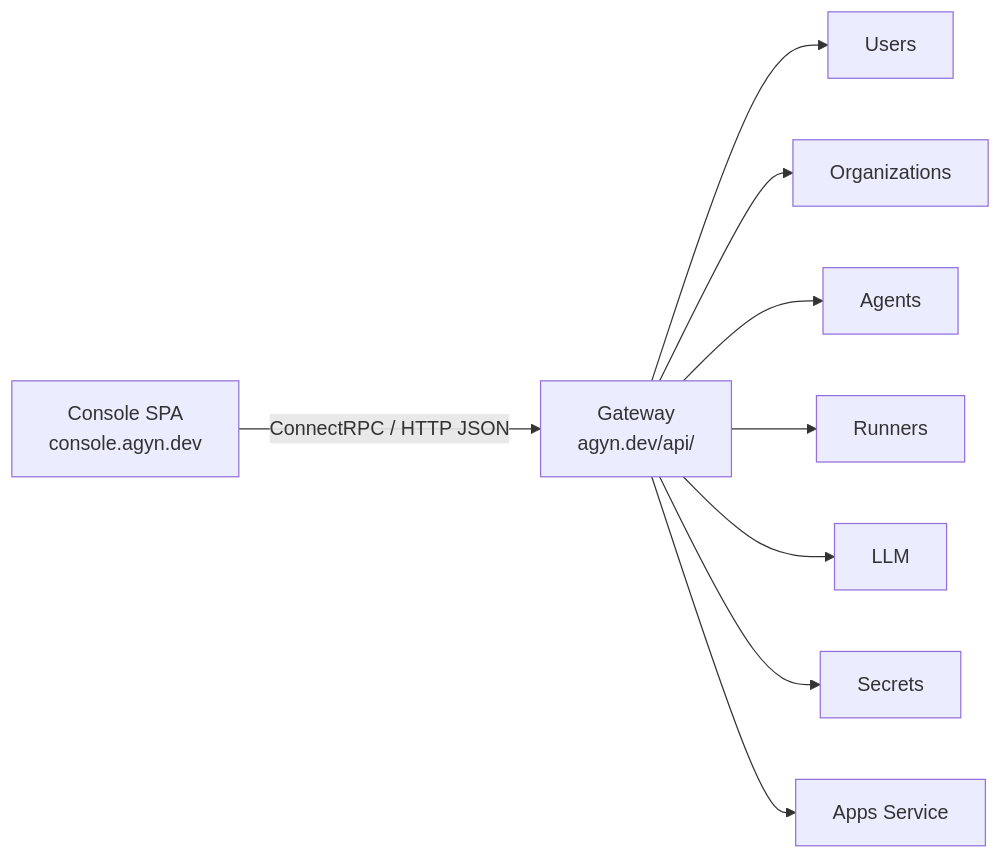
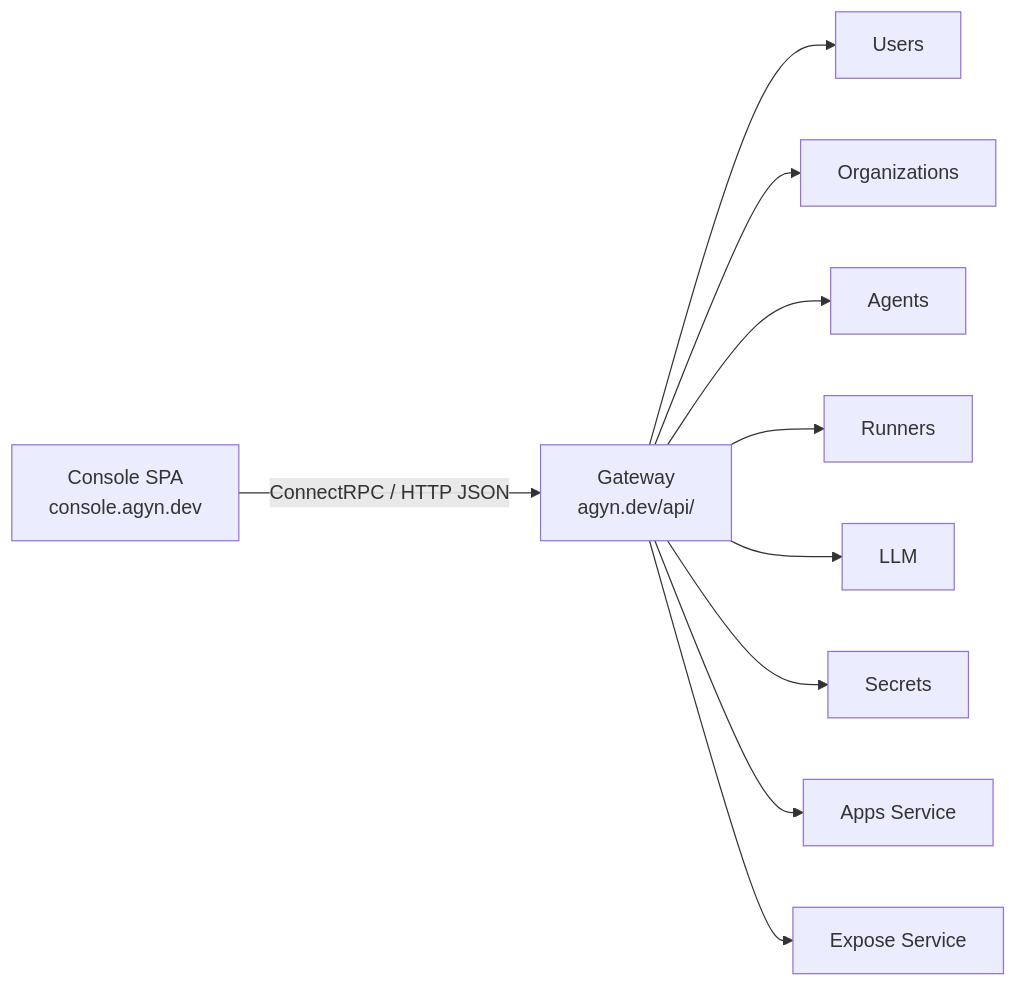
Before and after one commit to agynio/architecture: the diagram in architecture/console.md, drawn with Mermaid. The commit also changed other lines of this file and 13 other files, not shown here.

````diff
--- a/architecture/console.md
+++ b/architecture/console.md
@@ -11,21 +11,23 @@
 ```mermaid
 graph LR
     Console[Console SPA<br/>console.agyn.dev]
     Gateway[Gateway<br/>agyn.dev/api/]
     Users[Users]
     Orgs[Organizations]
     Agents[Agents]
     Runners[Runners]
     LLMService[LLM]
     Secrets[Secrets]
     Apps[Apps Service]
+    Expose[Expose Service]
 
     Console -->|ConnectRPC / HTTP JSON| Gateway
     Gateway --> Users
     Gateway --> Orgs
     Gateway --> Agents
     Gateway --> Runners
     Gateway --> LLMService
     Gateway --> Secrets
     Gateway --> Apps
+    Gateway --> Expose
 ```
````
